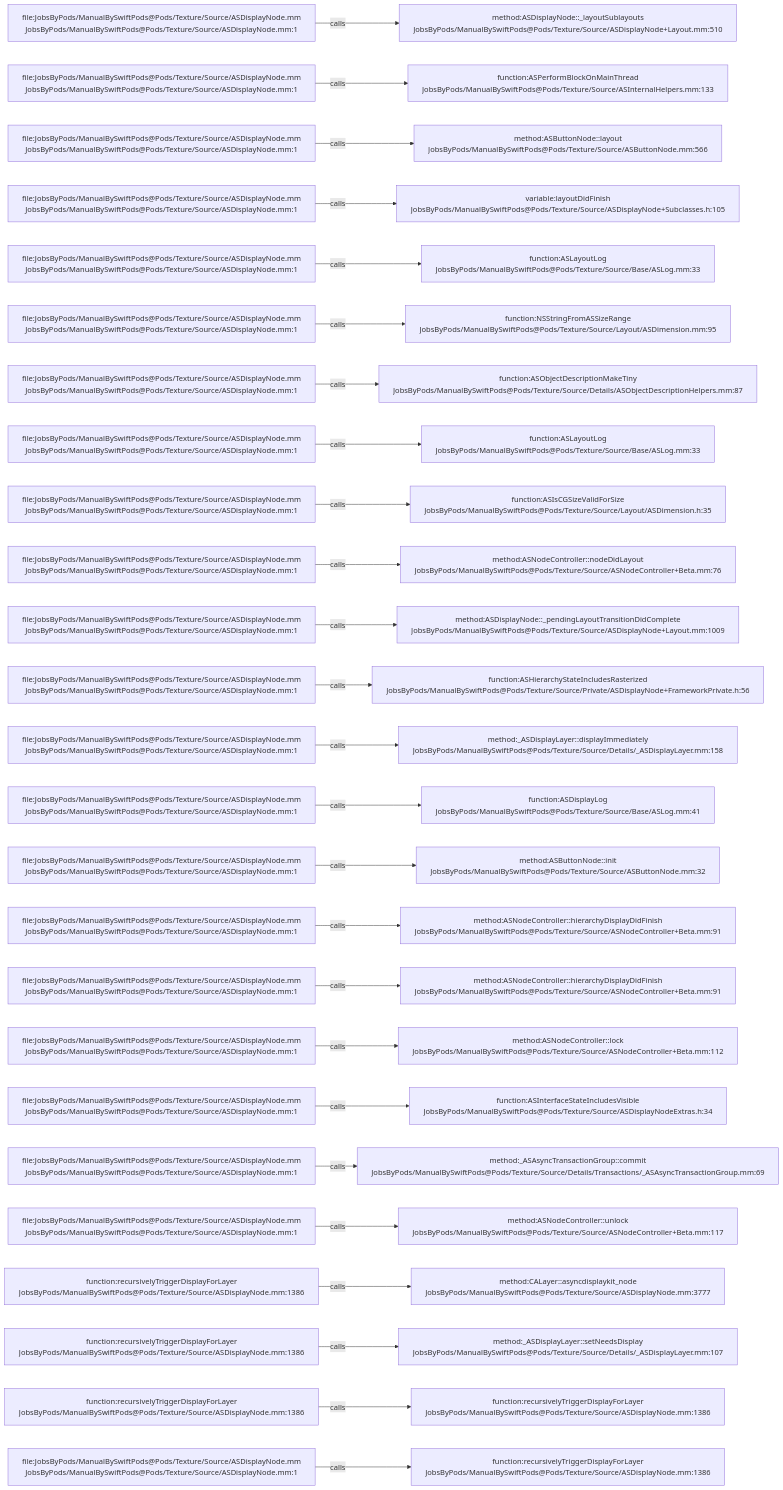
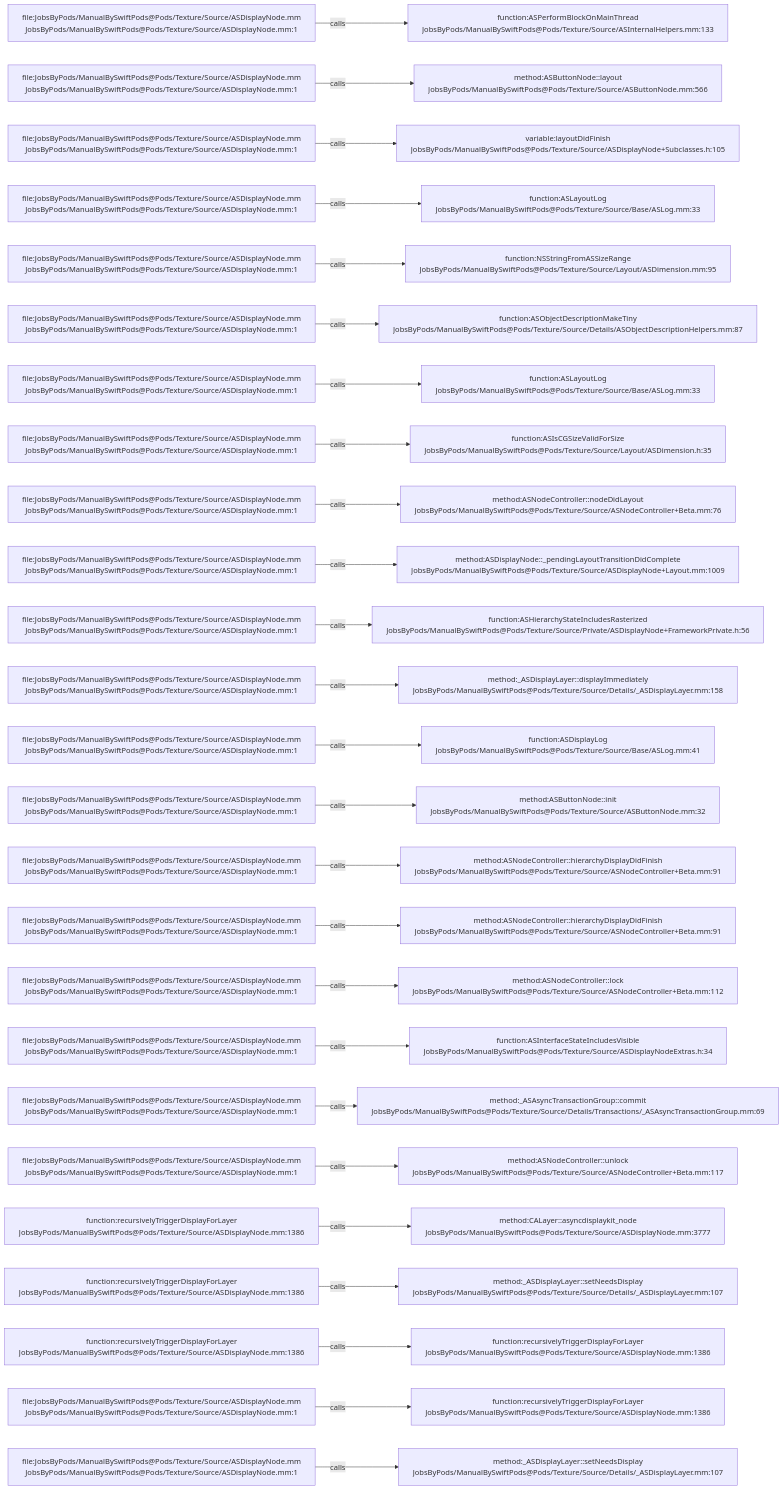
The diagram in .codegraph/codegraph.md/graphs/calls-029.md (JobsKits/JobsSwiftBaseConfigDemo), drawn with Mermaid before and after one commit. The commit also changed 747 other files, not shown here.

````diff
--- a/.codegraph/codegraph.md/graphs/calls-029.md
+++ b/.codegraph/codegraph.md/graphs/calls-029.md
@@ -13,78 +13,78 @@
 ```mermaid
 flowchart LR
   S1["file:JobsByPods/ManualBySwiftPods@Pods/Texture/Source/ASDisplayNode.mm<br/>JobsByPods/ManualBySwiftPods@Pods/Texture/Source/ASDisplayNode.mm:1"]
-  T1["method:ASDisplayNode::_layoutSublayouts<br/>JobsByPods/ManualBySwiftPods@Pods/Texture/Source/ASDisplayNode+Layout.mm:510"]
+  T1["function:ASPerformBlockOnMainThread<br/>JobsByPods/ManualBySwiftPods@Pods/Texture/Source/ASInternalHelpers.mm:133"]
   S1 -->|calls| T1
   S2["file:JobsByPods/ManualBySwiftPods@Pods/Texture/Source/ASDisplayNode.mm<br/>JobsByPods/ManualBySwiftPods@Pods/Texture/Source/ASDisplayNode.mm:1"]
-  T2["function:ASPerformBlockOnMainThread<br/>JobsByPods/ManualBySwiftPods@Pods/Texture/Source/ASInternalHelpers.mm:133"]
+  T2["method:ASButtonNode::layout<br/>JobsByPods/ManualBySwiftPods@Pods/Texture/Source/ASButtonNode.mm:566"]
   S2 -->|calls| T2
   S3["file:JobsByPods/ManualBySwiftPods@Pods/Texture/Source/ASDisplayNode.mm<br/>JobsByPods/ManualBySwiftPods@Pods/Texture/Source/ASDisplayNode.mm:1"]
-  T3["method:ASButtonNode::layout<br/>JobsByPods/ManualBySwiftPods@Pods/Texture/Source/ASButtonNode.mm:566"]
+  T3["variable:layoutDidFinish<br/>JobsByPods/ManualBySwiftPods@Pods/Texture/Source/ASDisplayNode+Subclasses.h:105"]
   S3 -->|calls| T3
   S4["file:JobsByPods/ManualBySwiftPods@Pods/Texture/Source/ASDisplayNode.mm<br/>JobsByPods/ManualBySwiftPods@Pods/Texture/Source/ASDisplayNode.mm:1"]
-  T4["variable:layoutDidFinish<br/>JobsByPods/ManualBySwiftPods@Pods/Texture/Source/ASDisplayNode+Subclasses.h:105"]
+  T4["function:ASLayoutLog<br/>JobsByPods/ManualBySwiftPods@Pods/Texture/Source/Base/ASLog.mm:33"]
   S4 -->|calls| T4
   S5["file:JobsByPods/ManualBySwiftPods@Pods/Texture/Source/ASDisplayNode.mm<br/>JobsByPods/ManualBySwiftPods@Pods/Texture/Source/ASDisplayNode.mm:1"]
-  T5["function:ASLayoutLog<br/>JobsByPods/ManualBySwiftPods@Pods/Texture/Source/Base/ASLog.mm:33"]
+  T5["function:NSStringFromASSizeRange<br/>JobsByPods/ManualBySwiftPods@Pods/Texture/Source/Layout/ASDimension.mm:95"]
   S5 -->|calls| T5
   S6["file:JobsByPods/ManualBySwiftPods@Pods/Texture/Source/ASDisplayNode.mm<br/>JobsByPods/ManualBySwiftPods@Pods/Texture/Source/ASDisplayNode.mm:1"]
-  T6["function:NSStringFromASSizeRange<br/>JobsByPods/ManualBySwiftPods@Pods/Texture/Source/Layout/ASDimension.mm:95"]
+  T6["function:ASObjectDescriptionMakeTiny<br/>JobsByPods/ManualBySwiftPods@Pods/Texture/Source/Details/ASObjectDescriptionHelpers.mm:87"]
   S6 -->|calls| T6
   S7["file:JobsByPods/ManualBySwiftPods@Pods/Texture/Source/ASDisplayNode.mm<br/>JobsByPods/ManualBySwiftPods@Pods/Texture/Source/ASDisplayNode.mm:1"]
-  T7["function:ASObjectDescriptionMakeTiny<br/>JobsByPods/ManualBySwiftPods@Pods/Texture/Source/Details/ASObjectDescriptionHelpers.mm:87"]
+  T7["function:ASLayoutLog<br/>JobsByPods/ManualBySwiftPods@Pods/Texture/Source/Base/ASLog.mm:33"]
   S7 -->|calls| T7
   S8["file:JobsByPods/ManualBySwiftPods@Pods/Texture/Source/ASDisplayNode.mm<br/>JobsByPods/ManualBySwiftPods@Pods/Texture/Source/ASDisplayNode.mm:1"]
-  T8["function:ASLayoutLog<br/>JobsByPods/ManualBySwiftPods@Pods/Texture/Source/Base/ASLog.mm:33"]
+  T8["function:ASIsCGSizeValidForSize<br/>JobsByPods/ManualBySwiftPods@Pods/Texture/Source/Layout/ASDimension.h:35"]
   S8 -->|calls| T8
   S9["file:JobsByPods/ManualBySwiftPods@Pods/Texture/Source/ASDisplayNode.mm<br/>JobsByPods/ManualBySwiftPods@Pods/Texture/Source/ASDisplayNode.mm:1"]
-  T9["function:ASIsCGSizeValidForSize<br/>JobsByPods/ManualBySwiftPods@Pods/Texture/Source/Layout/ASDimension.h:35"]
+  T9["method:ASNodeController::nodeDidLayout<br/>JobsByPods/ManualBySwiftPods@Pods/Texture/Source/ASNodeController+Beta.mm:76"]
   S9 -->|calls| T9
   S10["file:JobsByPods/ManualBySwiftPods@Pods/Texture/Source/ASDisplayNode.mm<br/>JobsByPods/ManualBySwiftPods@Pods/Texture/Source/ASDisplayNode.mm:1"]
-  T10["method:ASNodeController::nodeDidLayout<br/>JobsByPods/ManualBySwiftPods@Pods/Texture/Source/ASNodeController+Beta.mm:76"]
+  T10["method:ASDisplayNode::_pendingLayoutTransitionDidComplete<br/>JobsByPods/ManualBySwiftPods@Pods/Texture/Source/ASDisplayNode+Layout.mm:1009"]
   S10 -->|calls| T10
   S11["file:JobsByPods/ManualBySwiftPods@Pods/Texture/Source/ASDisplayNode.mm<br/>JobsByPods/ManualBySwiftPods@Pods/Texture/Source/ASDisplayNode.mm:1"]
-  T11["method:ASDisplayNode::_pendingLayoutTransitionDidComplete<br/>JobsByPods/ManualBySwiftPods@Pods/Texture/Source/ASDisplayNode+Layout.mm:1009"]
+  T11["function:ASHierarchyStateIncludesRasterized<br/>JobsByPods/ManualBySwiftPods@Pods/Texture/Source/Private/ASDisplayNode+FrameworkPrivate.h:56"]
   S11 -->|calls| T11
   S12["file:JobsByPods/ManualBySwiftPods@Pods/Texture/Source/ASDisplayNode.mm<br/>JobsByPods/ManualBySwiftPods@Pods/Texture/Source/ASDisplayNode.mm:1"]
-  T12["function:ASHierarchyStateIncludesRasterized<br/>JobsByPods/ManualBySwiftPods@Pods/Texture/Source/Private/ASDisplayNode+FrameworkPrivate.h:56"]
+  T12["method:_ASDisplayLayer::displayImmediately<br/>JobsByPods/ManualBySwiftPods@Pods/Texture/Source/Details/_ASDisplayLayer.mm:158"]
   S12 -->|calls| T12
   S13["file:JobsByPods/ManualBySwiftPods@Pods/Texture/Source/ASDisplayNode.mm<br/>JobsByPods/ManualBySwiftPods@Pods/Texture/Source/ASDisplayNode.mm:1"]
-  T13["method:_ASDisplayLayer::displayImmediately<br/>JobsByPods/ManualBySwiftPods@Pods/Texture/Source/Details/_ASDisplayLayer.mm:158"]
+  T13["function:ASDisplayLog<br/>JobsByPods/ManualBySwiftPods@Pods/Texture/Source/Base/ASLog.mm:41"]
   S13 -->|calls| T13
   S14["file:JobsByPods/ManualBySwiftPods@Pods/Texture/Source/ASDisplayNode.mm<br/>JobsByPods/ManualBySwiftPods@Pods/Texture/Source/ASDisplayNode.mm:1"]
-  T14["function:ASDisplayLog<br/>JobsByPods/ManualBySwiftPods@Pods/Texture/Source/Base/ASLog.mm:41"]
+  T14["method:ASButtonNode::init<br/>JobsByPods/ManualBySwiftPods@Pods/Texture/Source/ASButtonNode.mm:32"]
   S14 -->|calls| T14
   S15["file:JobsByPods/ManualBySwiftPods@Pods/Texture/Source/ASDisplayNode.mm<br/>JobsByPods/ManualBySwiftPods@Pods/Texture/Source/ASDisplayNode.mm:1"]
-  T15["method:ASButtonNode::init<br/>JobsByPods/ManualBySwiftPods@Pods/Texture/Source/ASButtonNode.mm:32"]
+  T15["method:ASNodeController::hierarchyDisplayDidFinish<br/>JobsByPods/ManualBySwiftPods@Pods/Texture/Source/ASNodeController+Beta.mm:91"]
   S15 -->|calls| T15
   S16["file:JobsByPods/ManualBySwiftPods@Pods/Texture/Source/ASDisplayNode.mm<br/>JobsByPods/ManualBySwiftPods@Pods/Texture/Source/ASDisplayNode.mm:1"]
   T16["method:ASNodeController::hierarchyDisplayDidFinish<br/>JobsByPods/ManualBySwiftPods@Pods/Texture/Source/ASNodeController+Beta.mm:91"]
   S16 -->|calls| T16
   S17["file:JobsByPods/ManualBySwiftPods@Pods/Texture/Source/ASDisplayNode.mm<br/>JobsByPods/ManualBySwiftPods@Pods/Texture/Source/ASDisplayNode.mm:1"]
-  T17["method:ASNodeController::hierarchyDisplayDidFinish<br/>JobsByPods/ManualBySwiftPods@Pods/Texture/Source/ASNodeController+Beta.mm:91"]
+  T17["method:ASNodeController::lock<br/>JobsByPods/ManualBySwiftPods@Pods/Texture/Source/ASNodeController+Beta.mm:112"]
   S17 -->|calls| T17
   S18["file:JobsByPods/ManualBySwiftPods@Pods/Texture/Source/ASDisplayNode.mm<br/>JobsByPods/ManualBySwiftPods@Pods/Texture/Source/ASDisplayNode.mm:1"]
-  T18["method:ASNodeController::lock<br/>JobsByPods/ManualBySwiftPods@Pods/Texture/Source/ASNodeController+Beta.mm:112"]
+  T18["function:ASInterfaceStateIncludesVisible<br/>JobsByPods/ManualBySwiftPods@Pods/Texture/Source/ASDisplayNodeExtras.h:34"]
   S18 -->|calls| T18
   S19["file:JobsByPods/ManualBySwiftPods@Pods/Texture/Source/ASDisplayNode.mm<br/>JobsByPods/ManualBySwiftPods@Pods/Texture/Source/ASDisplayNode.mm:1"]
-  T19["function:ASInterfaceStateIncludesVisible<br/>JobsByPods/ManualBySwiftPods@Pods/Texture/Source/ASDisplayNodeExtras.h:34"]
+  T19["method:_ASAsyncTransactionGroup::commit<br/>JobsByPods/ManualBySwiftPods@Pods/Texture/Source/Details/Transactions/_ASAsyncTransactionGroup.mm:69"]
   S19 -->|calls| T19
   S20["file:JobsByPods/ManualBySwiftPods@Pods/Texture/Source/ASDisplayNode.mm<br/>JobsByPods/ManualBySwiftPods@Pods/Texture/Source/ASDisplayNode.mm:1"]
-  T20["method:_ASAsyncTransactionGroup::commit<br/>JobsByPods/ManualBySwiftPods@Pods/Texture/Source/Details/Transactions/_ASAsyncTransactionGroup.mm:69"]
+  T20["method:ASNodeController::unlock<br/>JobsByPods/ManualBySwiftPods@Pods/Texture/Source/ASNodeController+Beta.mm:117"]
   S20 -->|calls| T20
-  S21["file:JobsByPods/ManualBySwiftPods@Pods/Texture/Source/ASDisplayNode.mm<br/>JobsByPods/ManualBySwiftPods@Pods/Texture/Source/ASDisplayNode.mm:1"]
-  T21["method:ASNodeController::unlock<br/>JobsByPods/ManualBySwiftPods@Pods/Texture/Source/ASNodeController+Beta.mm:117"]
+  S21["function:recursivelyTriggerDisplayForLayer<br/>JobsByPods/ManualBySwiftPods@Pods/Texture/Source/ASDisplayNode.mm:1386"]
+  T21["method:CALayer::asyncdisplaykit_node<br/>JobsByPods/ManualBySwiftPods@Pods/Texture/Source/ASDisplayNode.mm:3777"]
   S21 -->|calls| T21
   S22["function:recursivelyTriggerDisplayForLayer<br/>JobsByPods/ManualBySwiftPods@Pods/Texture/Source/ASDisplayNode.mm:1386"]
-  T22["method:CALayer::asyncdisplaykit_node<br/>JobsByPods/ManualBySwiftPods@Pods/Texture/Source/ASDisplayNode.mm:3777"]
+  T22["method:_ASDisplayLayer::setNeedsDisplay<br/>JobsByPods/ManualBySwiftPods@Pods/Texture/Source/Details/_ASDisplayLayer.mm:107"]
   S22 -->|calls| T22
   S23["function:recursivelyTriggerDisplayForLayer<br/>JobsByPods/ManualBySwiftPods@Pods/Texture/Source/ASDisplayNode.mm:1386"]
-  T23["method:_ASDisplayLayer::setNeedsDisplay<br/>JobsByPods/ManualBySwiftPods@Pods/Texture/Source/Details/_ASDisplayLayer.mm:107"]
+  T23["function:recursivelyTriggerDisplayForLayer<br/>JobsByPods/ManualBySwiftPods@Pods/Texture/Source/ASDisplayNode.mm:1386"]
   S23 -->|calls| T23
-  S24["function:recursivelyTriggerDisplayForLayer<br/>JobsByPods/ManualBySwiftPods@Pods/Texture/Source/ASDisplayNode.mm:1386"]
+  S24["file:JobsByPods/ManualBySwiftPods@Pods/Texture/Source/ASDisplayNode.mm<br/>JobsByPods/ManualBySwiftPods@Pods/Texture/Source/ASDisplayNode.mm:1"]
   T24["function:recursivelyTriggerDisplayForLayer<br/>JobsByPods/ManualBySwiftPods@Pods/Texture/Source/ASDisplayNode.mm:1386"]
   S24 -->|calls| T24
   S25["file:JobsByPods/ManualBySwiftPods@Pods/Texture/Source/ASDisplayNode.mm<br/>JobsByPods/ManualBySwiftPods@Pods/Texture/Source/ASDisplayNode.mm:1"]
-  T25["function:recursivelyTriggerDisplayForLayer<br/>JobsByPods/ManualBySwiftPods@Pods/Texture/Source/ASDisplayNode.mm:1386"]
+  T25["method:_ASDisplayLayer::setNeedsDisplay<br/>JobsByPods/ManualBySwiftPods@Pods/Texture/Source/Details/_ASDisplayLayer.mm:107"]
   S25 -->|calls| T25
 ```
````
